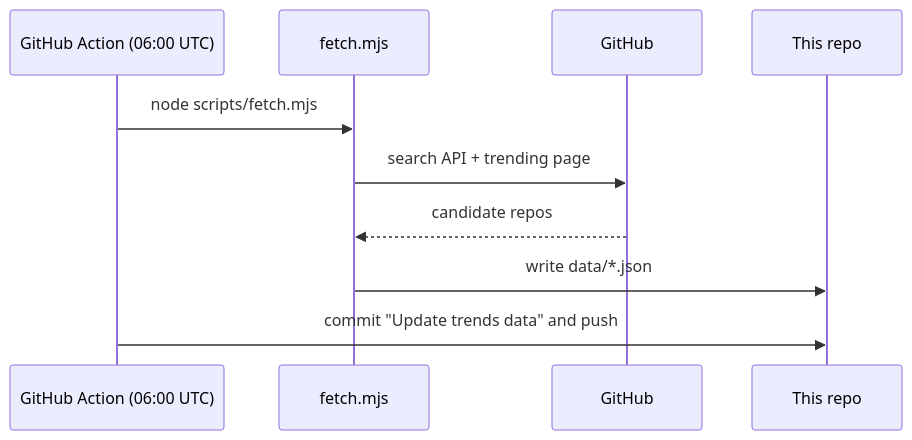
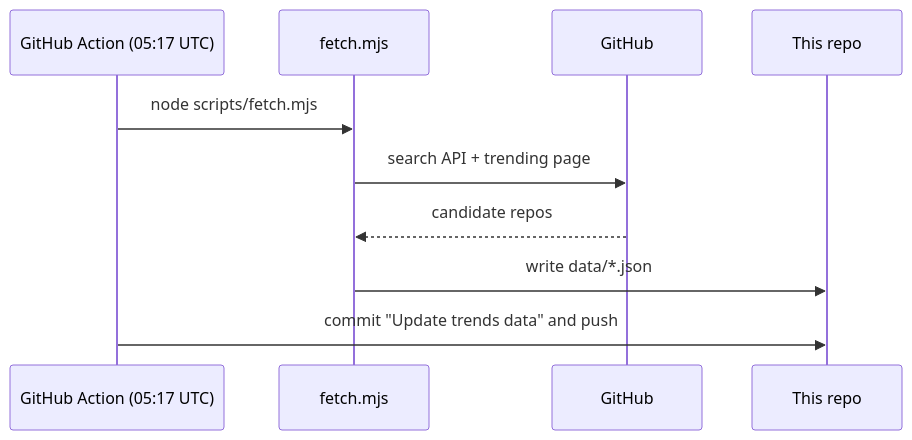
The sixth of 6 diagrams in README.md (gaderOussama/github_trends), drawn with Mermaid before and after one commit. The commit also changed other lines of this file and 1 other file, not shown here.

First line of the commit message:
Run the daily fetch at 05:17 UTC

````diff
--- a/README.md
+++ b/README.md
@@ -158,12 +158,12 @@
 ```mermaid
 sequenceDiagram
-    participant Cron as GitHub Action (06:00 UTC)
+    participant Cron as GitHub Action (05:17 UTC)
     participant Script as fetch.mjs
     participant GH as GitHub
     participant Repo as This repo
     Cron->>Script: node scripts/fetch.mjs
     Script->>GH: search API + trending page
     GH-->>Script: candidate repos
     Script->>Repo: write data/*.json
     Cron->>Repo: commit "Update trends data" and push
 ```
````
